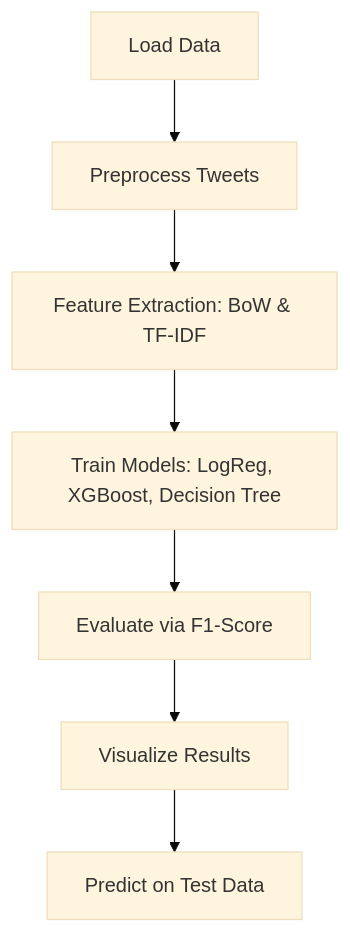
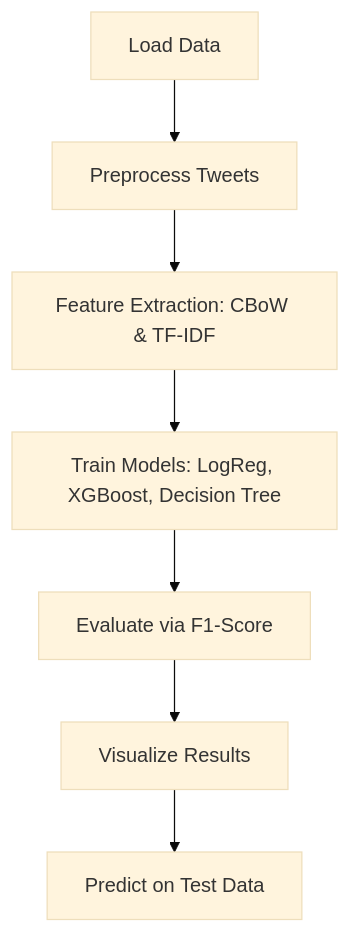
Before and after one commit to SatChittAnand/Twitter-Sentiment-Analysis: the diagram in README.md, drawn with Mermaid (base theme).

Commit message:
Update feature extraction method in README

````diff
--- a/README.md
+++ b/README.md
@@ -31,9 +31,9 @@
 ```mermaid
 graph TD
 A[Load Data] --> B[Preprocess Tweets]
-B --> C[Feature Extraction: BoW & TF-IDF]
+B --> C[Feature Extraction: CBoW & TF-IDF]
 C --> D[Train Models: LogReg, XGBoost, Decision Tree]
 D --> E[Evaluate via F1-Score]
 E --> F[Visualize Results]
 F --> G[Predict on Test Data]
 ```
````
